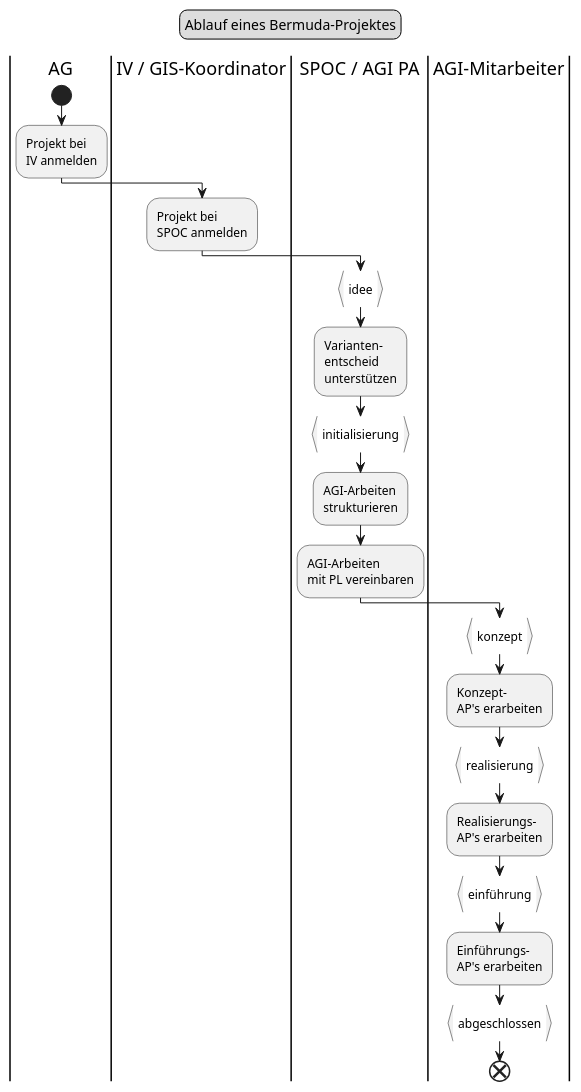
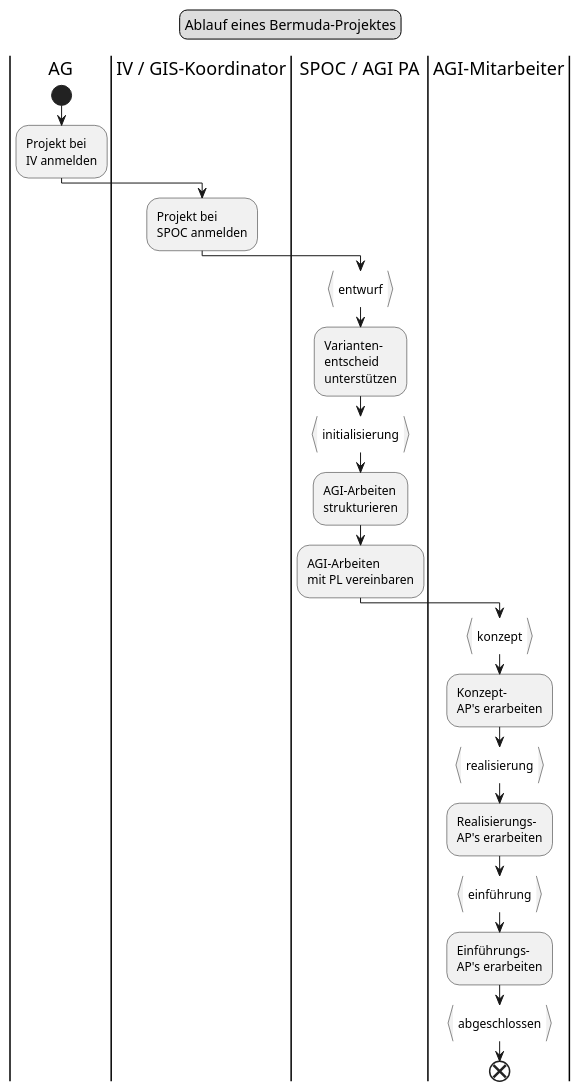
Before and after one commit to ojeker/docktick: the diagram in puml/src/flow_bermudaprojekt.puml, drawn with PlantUML. The commit also changed 6 other files, not shown here.

```diff
--- a/puml/src/flow_bermudaprojekt.puml
+++ b/puml/src/flow_bermudaprojekt.puml
@@ -1,34 +1,34 @@
 @startuml
 legend top
 	Ablauf eines Bermuda-Projektes
 end legend
 |AG|
 start
 :Projekt bei
 IV anmelden;
 |IV / GIS-Koordinator|
 :Projekt bei
 SPOC anmelden;
 |SPOC / AGI PA|
-:idee}
+:entwurf}
 :Varianten-
 entscheid
 unterstützen;
 :initialisierung}
 :AGI-Arbeiten
 strukturieren;
 :AGI-Arbeiten
 mit PL vereinbaren;
 |AGI-Mitarbeiter|
 :konzept}
 :Konzept-
 AP's erarbeiten;
 :realisierung}
 :Realisierungs-
 AP's erarbeiten;
 :einführung}
 :Einführungs-
 AP's erarbeiten;
 :abgeschlossen}
 end
 @enduml
```
